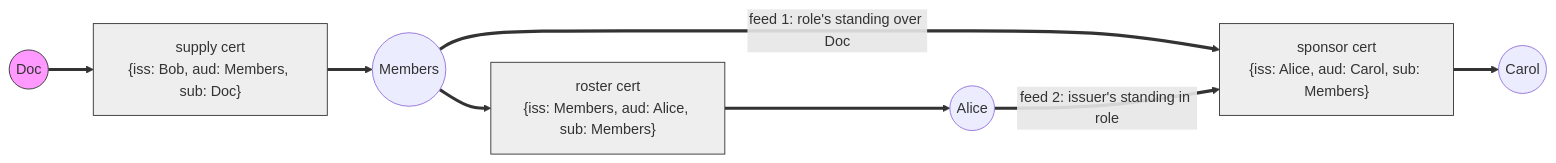
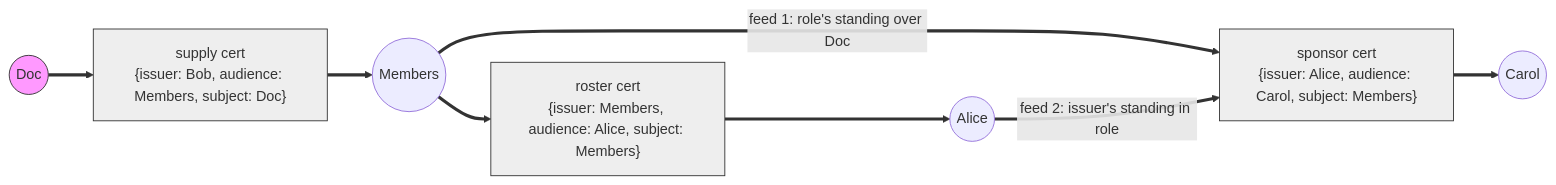
The second of 3 diagrams in design/keyline/evaluation-notes.md (inkandswitch/keyhive), drawn with Mermaid before and after one commit. The commit also changed other lines of this file and 17 other files, not shown here.

````diff
--- a/design/keyline/evaluation-notes.md
+++ b/design/keyline/evaluation-notes.md
@@ -77,20 +77,20 @@
 ```mermaid
 flowchart LR
     classDef subject fill:#f9f,stroke:#333
     classDef cert fill:#eee,stroke:#333
 
     Doc((Doc)):::subject
     Members((Members))
     Alice((Alice))
     Carol((Carol))
 
-    supply["supply cert<br/>{iss: Bob, aud: Members, sub: Doc}"]:::cert
-    roster["roster cert<br/>{iss: Members, aud: Alice, sub: Members}"]:::cert
-    sponsor["sponsor cert<br/>{iss: Alice, aud: Carol, sub: Members}"]:::cert
+    supply["supply cert<br/>{issuer: Bob, audience: Members, subject: Doc}"]:::cert
+    roster["roster cert<br/>{issuer: Members, audience: Alice, subject: Members}"]:::cert
+    sponsor["sponsor cert<br/>{issuer: Alice, audience: Carol, subject: Members}"]:::cert
 
     Doc ==> supply ==> Members
     Members ==> roster ==> Alice
     Members ==>|"feed 1: role's standing over Doc"| sponsor
     Alice ==>|"feed 2: issuer's standing in role"| sponsor
     sponsor ==> Carol
 ```
````
